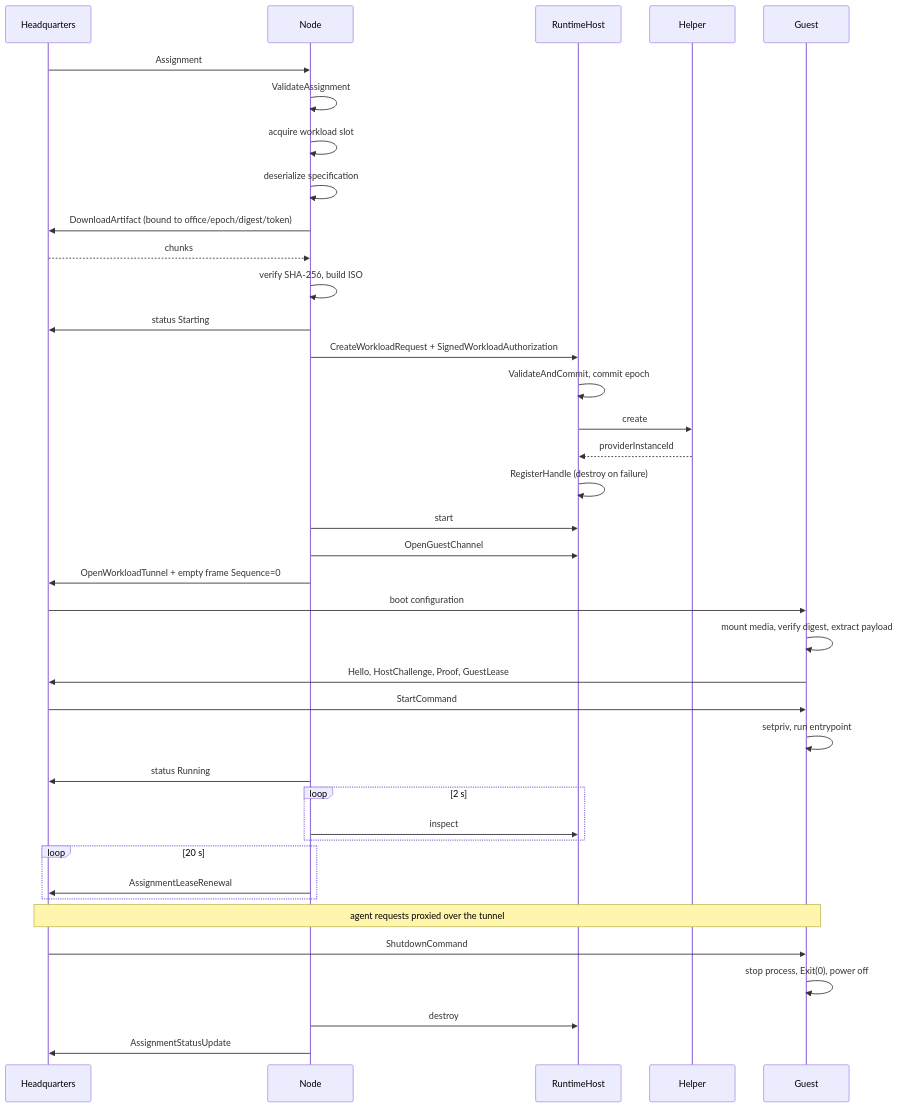
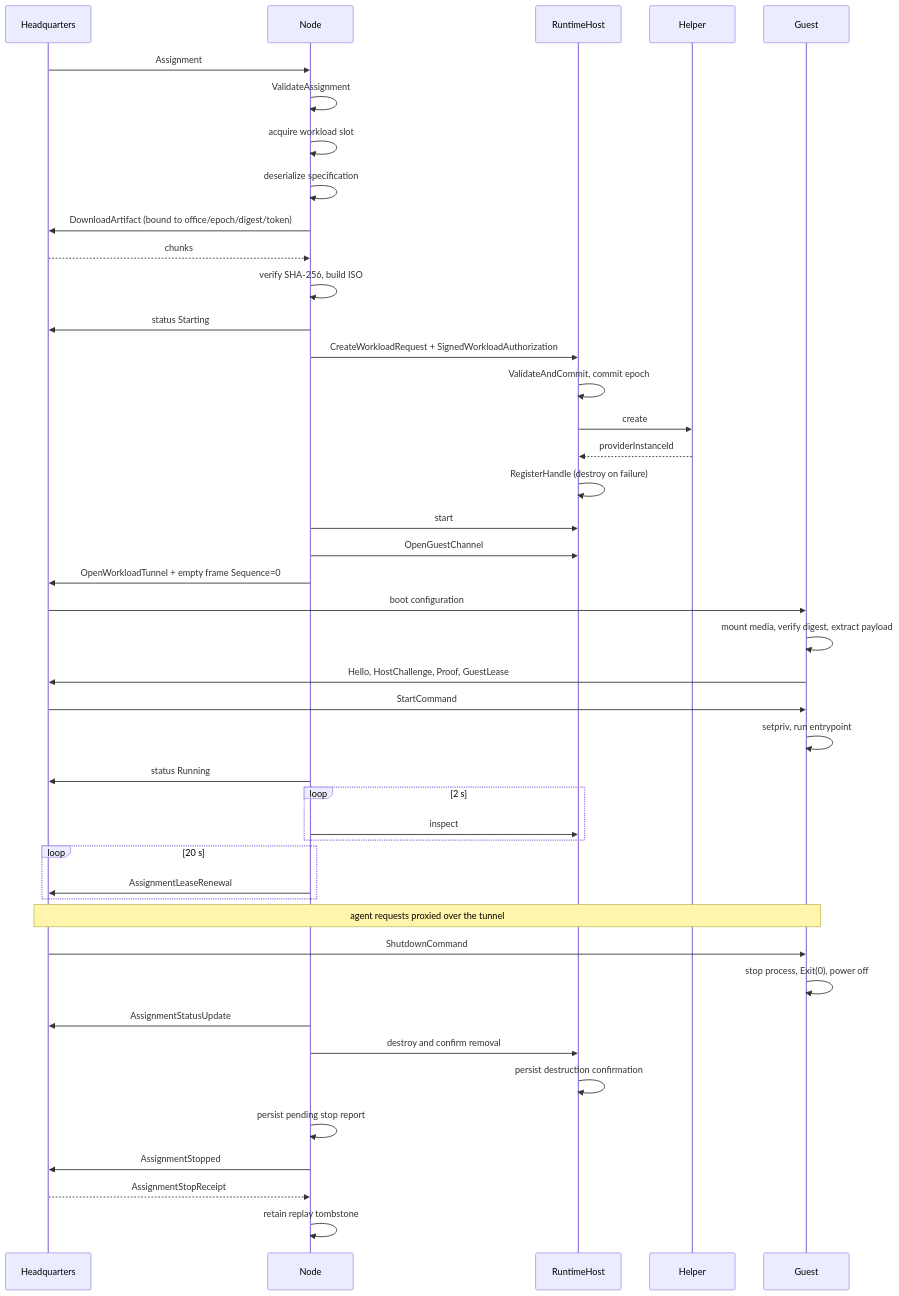
The diagram in docs/30-workloads/02-runtime-workload-lifecycle.md (CrosswiredStudios/CSweet.Office), drawn with Mermaid before and after one commit. The commit also changed other lines of this file and 13 other files, not shown here.

````diff
--- a/docs/30-workloads/02-runtime-workload-lifecycle.md
+++ b/docs/30-workloads/02-runtime-workload-lifecycle.md
@@ -9,42 +9,47 @@
 ```mermaid
 sequenceDiagram
     participant HQ as Headquarters
     participant Node as Node
     participant RH as RuntimeHost
     participant H as Helper
     participant G as Guest
 
     HQ->>Node: Assignment
     Node->>Node: ValidateAssignment
     Node->>Node: acquire workload slot
     Node->>Node: deserialize specification
     Node->>HQ: DownloadArtifact (bound to office/epoch/digest/token)
     HQ-->>Node: chunks
     Node->>Node: verify SHA-256, build ISO
     Node->>HQ: status Starting
     Node->>RH: CreateWorkloadRequest + SignedWorkloadAuthorization
     RH->>RH: ValidateAndCommit, commit epoch
     RH->>H: create
     H-->>RH: providerInstanceId
     RH->>RH: RegisterHandle (destroy on failure)
     Node->>RH: start
     Node->>RH: OpenGuestChannel
     Node->>HQ: OpenWorkloadTunnel + empty frame Sequence=0
     HQ->>G: boot configuration
     G->>G: mount media, verify digest, extract payload
     G->>HQ: Hello, HostChallenge, Proof, GuestLease
     HQ->>G: StartCommand
     G->>G: setpriv, run entrypoint
     Node->>HQ: status Running
     loop 2 s
         Node->>RH: inspect
     end
     loop 20 s
         Node->>HQ: AssignmentLeaseRenewal
     end
     Note over G,HQ: agent requests proxied over the tunnel
     HQ->>G: ShutdownCommand
     G->>G: stop process, Exit(0), power off
-    Node->>RH: destroy
     Node->>HQ: AssignmentStatusUpdate
+    Node->>RH: destroy and confirm removal
+    RH->>RH: persist destruction confirmation
+    Node->>Node: persist pending stop report
+    Node->>HQ: AssignmentStopped
+    HQ-->>Node: AssignmentStopReceipt
+    Node->>Node: retain replay tombstone
 ```
````
